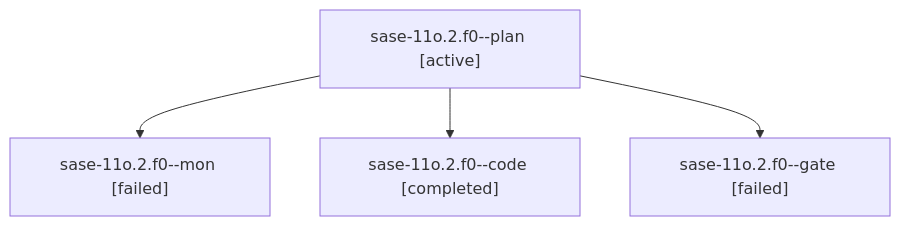
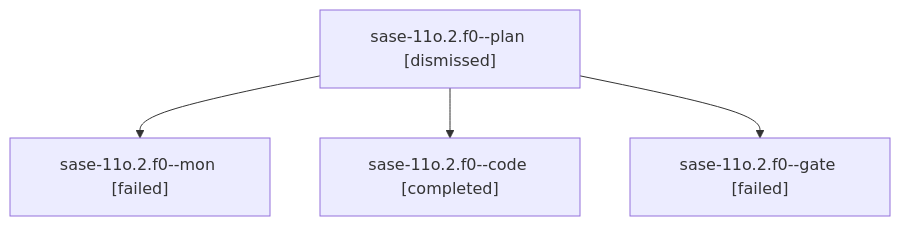
The diagram in sessions/bbugyi200.athena.sase-11o.2.f0.md (sase-org/sase--agents), drawn with Mermaid before and after one commit. The commit also changed other lines of this file and 204 other files, not shown here.

````diff
--- a/sessions/bbugyi200.athena.sase-11o.2.f0.md
+++ b/sessions/bbugyi200.athena.sase-11o.2.f0.md
@@ -9,10 +9,10 @@
 ```mermaid
 flowchart TD
-  n0["sase-11o.2.f0--plan [active]"]
+  n0["sase-11o.2.f0--plan [dismissed]"]
   n1["sase-11o.2.f0--mon [failed]"]
   n0 --> n1
   n2["sase-11o.2.f0--code [completed]"]
   n0 --> n2
   n3["sase-11o.2.f0--gate [failed]"]
   n0 --> n3
 ```
````
